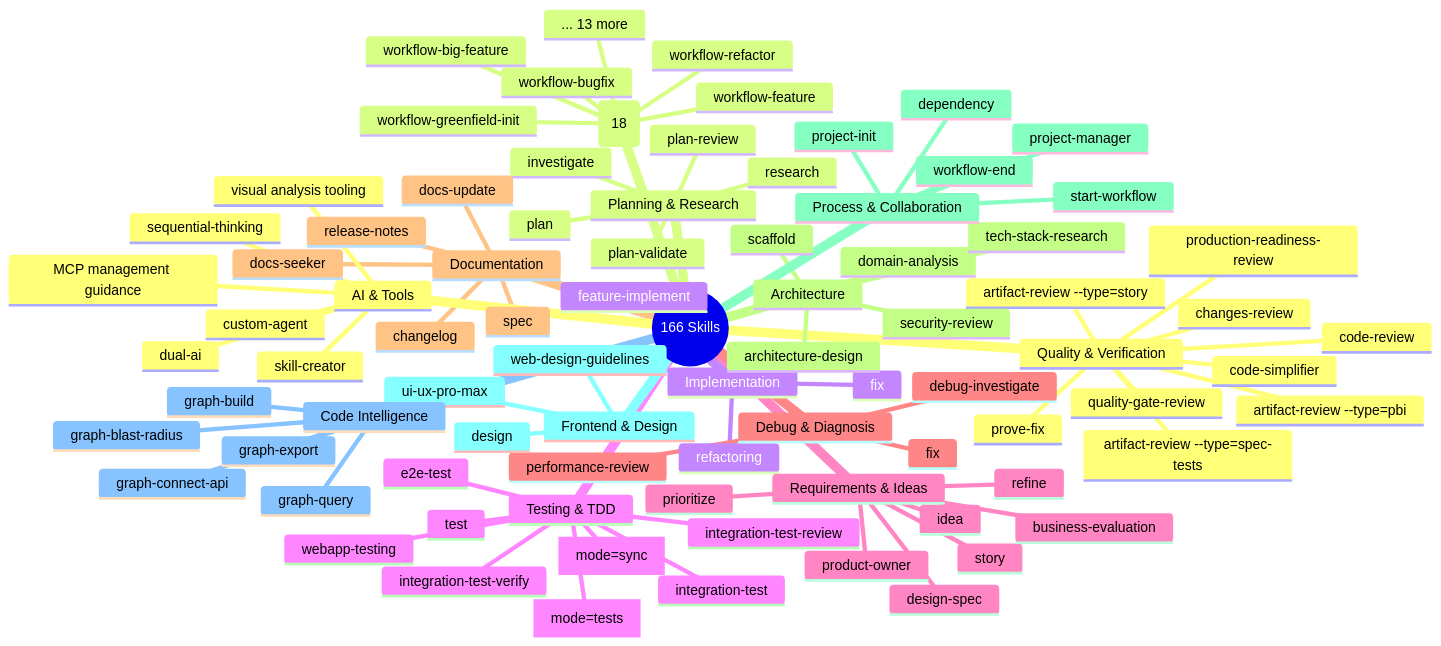
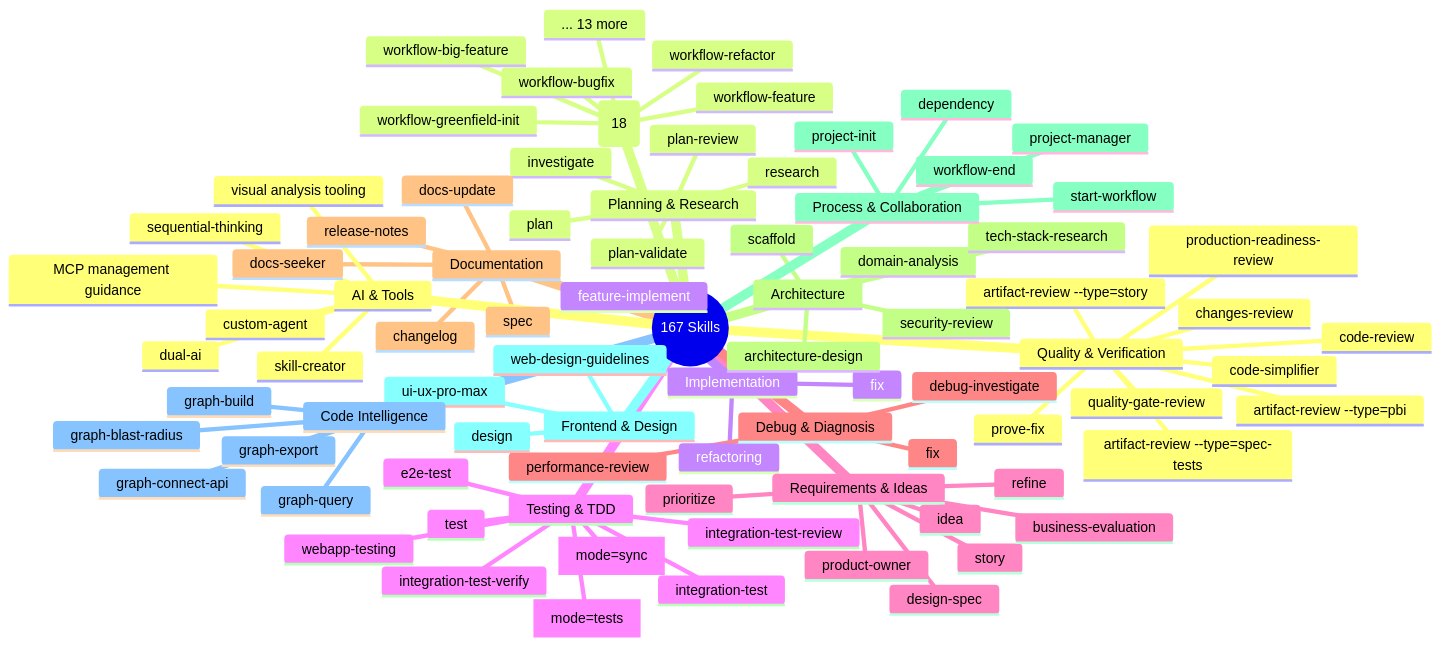
One commit to duc01226/easy-claude changed the fifth of 20 diagrams in .claude/docs/claude-ai-agent-framework-guide.md. Above: the diagram before and after it, drawn with Mermaid. The commit also changed other lines of this file and 470 other files, not shown here.

````diff
--- a/.claude/docs/claude-ai-agent-framework-guide.md
+++ b/.claude/docs/claude-ai-agent-framework-guide.md
@@ -460,6 +460,6 @@
 ```mermaid
 mindmap
-  root((166 Skills))
+  root((167 Skills))
     Quality & Verification
       code-review
       prove-fix
````
